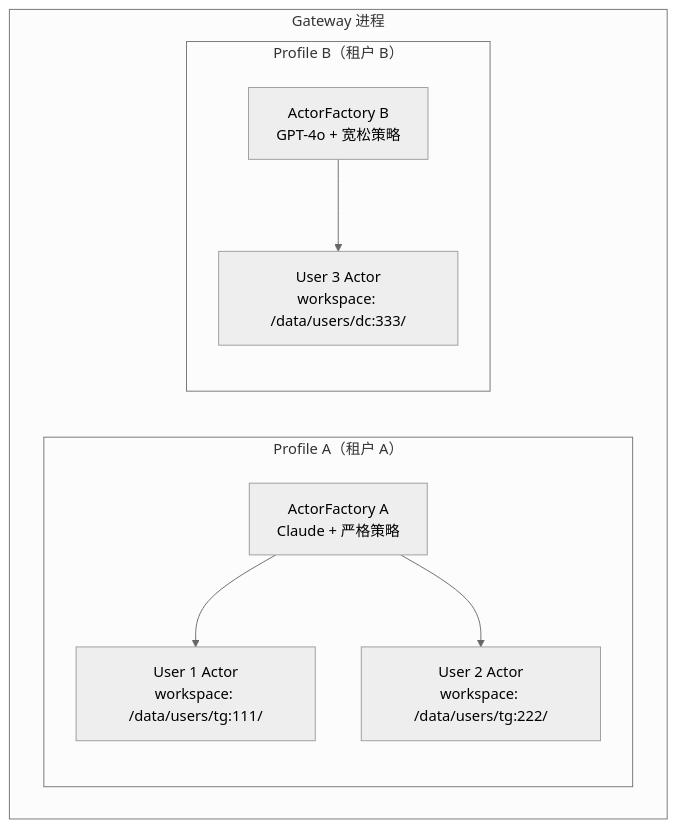
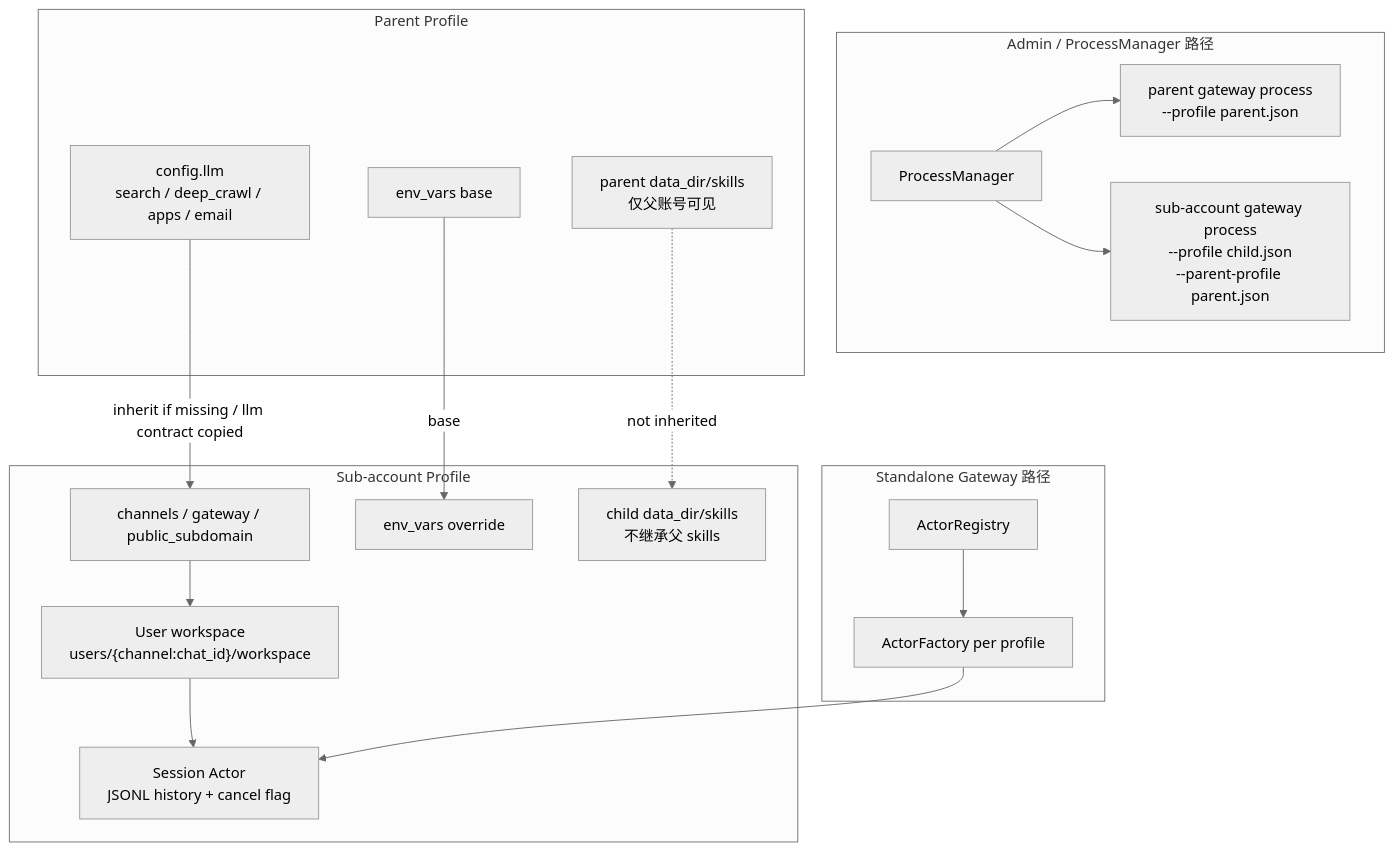
Before and after one commit to ZhangHanDong/octos-book: the second of 2 diagrams in chapters/ch14-production.md, drawn with Mermaid (neutral theme). The commit also changed other lines of this file and 8 other files, not shown here.

Commit message:
Update multi-tenant sub-account docs

````diff
--- a/chapters/ch14-production.md
+++ b/chapters/ch14-production.md
@@ -345,17 +357,37 @@
 ```mermaid
 flowchart TD
-    subgraph "Gateway 进程"
-        subgraph "Profile A（租户 A）"
-            FA["ActorFactory A<br/>Claude + 严格策略"]
-            A1["User 1 Actor<br/>workspace: /data/users/tg:111/"]
-            A2["User 2 Actor<br/>workspace: /data/users/tg:222/"]
-        end
-        subgraph "Profile B（租户 B）"
-            FB["ActorFactory B<br/>GPT-4o + 宽松策略"]
-            B1["User 3 Actor<br/>workspace: /data/users/dc:333/"]
-        end
+    subgraph "Admin / ProcessManager 路径"
+        PM["ProcessManager"]
+        PPROC["parent gateway process<br/>--profile parent.json"]
+        SPROC["sub-account gateway process<br/>--profile child.json<br/>--parent-profile parent.json"]
+        PM --> PPROC
+        PM --> SPROC
     end
 
-    FA --> A1 & A2
-    FB --> B1
+    subgraph "Parent Profile"
+        PCFG["config.llm<br/>search / deep_crawl / apps / email"]
+        PENV["env_vars base"]
+        PSK["parent data_dir/skills<br/>仅父账号可见"]
+    end
+
+    subgraph "Sub-account Profile"
+        SCFG["channels / gateway / public_subdomain"]
+        SENV["env_vars override"]
+        SSK["child data_dir/skills<br/>不继承父 skills"]
+        SUSER["User workspace<br/>users/{channel:chat_id}/workspace"]
+        SSESSION["Session Actor<br/>JSONL history + cancel flag"]
+    end
+
+    PCFG -->|"inherit if missing / llm contract copied"| SCFG
+    PENV -->|"base"| SENV
+    PSK -. not inherited .-> SSK
+    SCFG --> SUSER
+    SUSER --> SSESSION
+
+    subgraph "Standalone Gateway 路径"
+        REG["ActorRegistry"]
+        FA["ActorFactory per profile"]
+        REG --> FA
+        FA --> SSESSION
+    end
 ```
````
